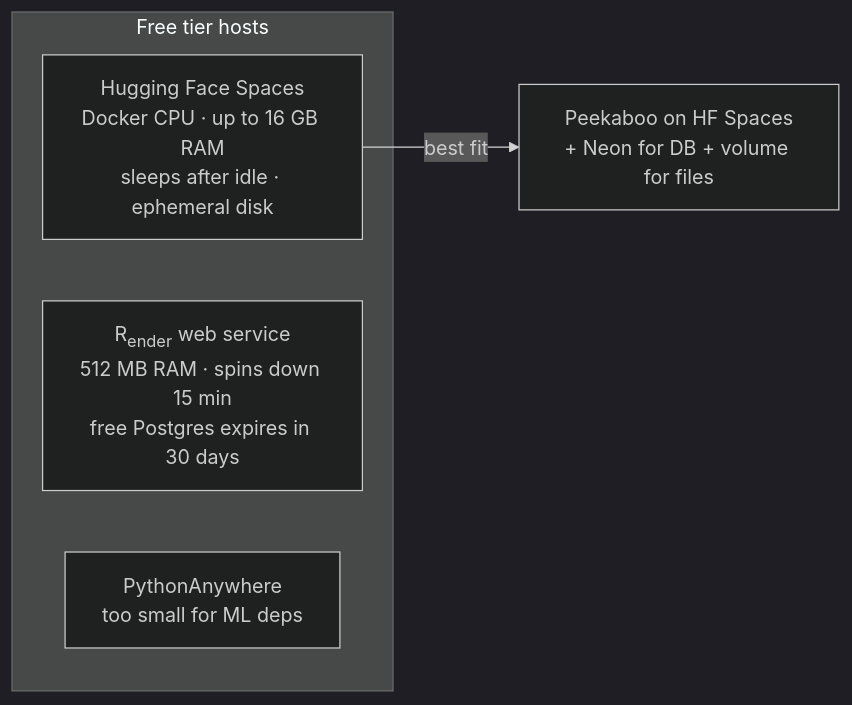
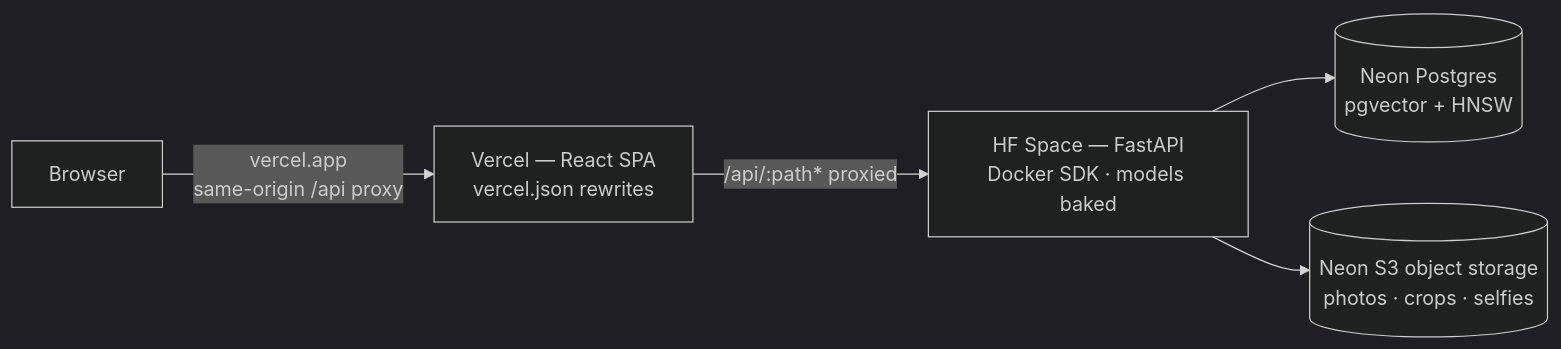
One commit to KumarAnubhav64/peekaboo changed the second of 2 diagrams in DEPLOYMENT.md. Above: the diagram before and after it, drawn with Mermaid (dark theme). The commit also changed other lines of this file and 4 other files, not shown here.

First line of the commit message:
Deploy pipeline: HF Spaces backend + Vercel frontend, ready to push

````diff
--- a/DEPLOYMENT.md
+++ b/DEPLOYMENT.md
@@ -61,9 +66,7 @@
 ```mermaid
 flowchart LR
-    subgraph Options[Free tier hosts]
-        HFS[Hugging Face Spaces<br/>Docker CPU · up to 16 GB RAM<br/>sleeps after idle · ephemeral disk]
-        R[R<sub>ender</sub> web service<br/>512 MB RAM · spins down 15 min<br/>free Postgres expires in 30 days]
-        PA[PythonAnywhere<br/>too small for ML deps]
-    end
-    HFS -->|best fit| WIN[Peekaboo on HF Spaces<br/>+ Neon for DB + volume for files]
+    BROWSER[Browser] -->|vercel.app<br/>same-origin /api proxy| VERCEL[Vercel — React SPA<br/>vercel.json rewrites]
+    VERCEL -->|/api/:path* proxied| SPACE[HF Space — FastAPI<br/>Docker SDK · models baked]
+    SPACE --> NEON_DB[(Neon Postgres<br/>pgvector + HNSW)]
+    SPACE --> NEON_S3[(Neon S3 object storage<br/>photos · crops · selfies)]
 ```
````
